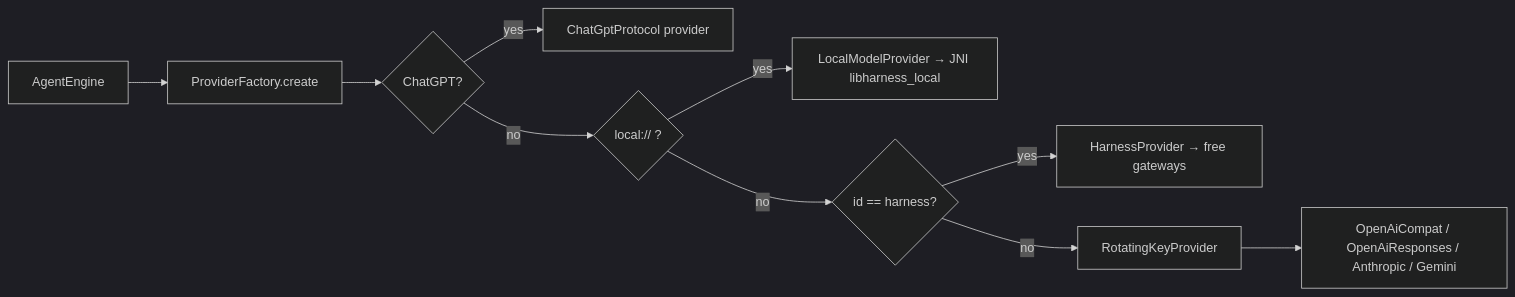
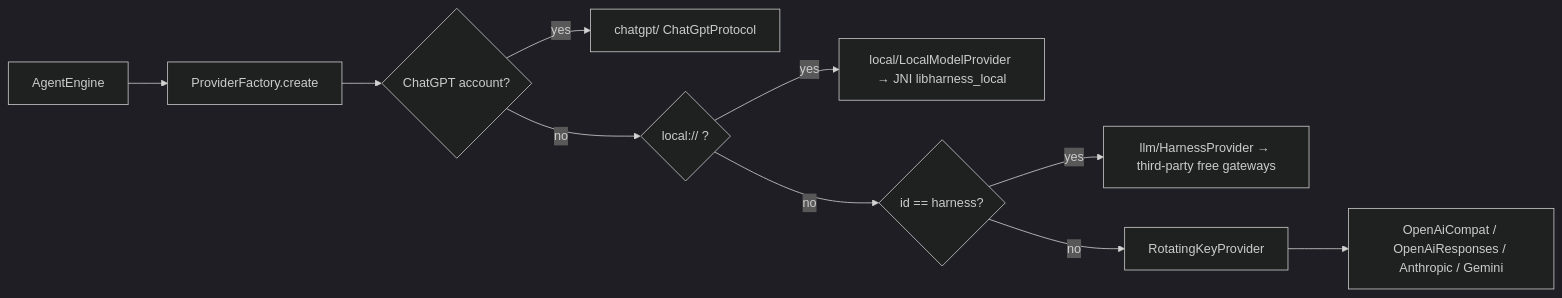
Before and after one commit to HMXPANEL/HMXHARNESS: the second of 2 diagrams in docs/expo/HMXHARNESS_ARCHITECTURE.md, drawn with Mermaid (dark theme). The commit also changed other lines of this file and 48 other files, not shown here.

````diff
--- a/docs/expo/HMXHARNESS_ARCHITECTURE.md
+++ b/docs/expo/HMXHARNESS_ARCHITECTURE.md
@@ -89,12 +112,12 @@
 ```mermaid
 flowchart LR
     A[AgentEngine] --> B[ProviderFactory.create]
-    B --> C{ChatGPT?}
-    C -- yes --> D[ChatGptProtocol provider]
+    B --> C{ChatGPT account?}
+    C -- yes --> D[chatgpt/ ChatGptProtocol]
     C -- no --> E{local:// ?}
-    E -- yes --> F[LocalModelProvider → JNI libharness_local]
+    E -- yes --> F[local/LocalModelProvider → JNI libharness_local]
     E -- no --> G{id == harness?}
-    G -- yes --> H[HarnessProvider → free gateways]
+    G -- yes --> H[llm/HarnessProvider → third-party free gateways]
     G -- no --> I[RotatingKeyProvider]
     I --> J[OpenAiCompat / OpenAiResponses / Anthropic / Gemini]
 ```
````
